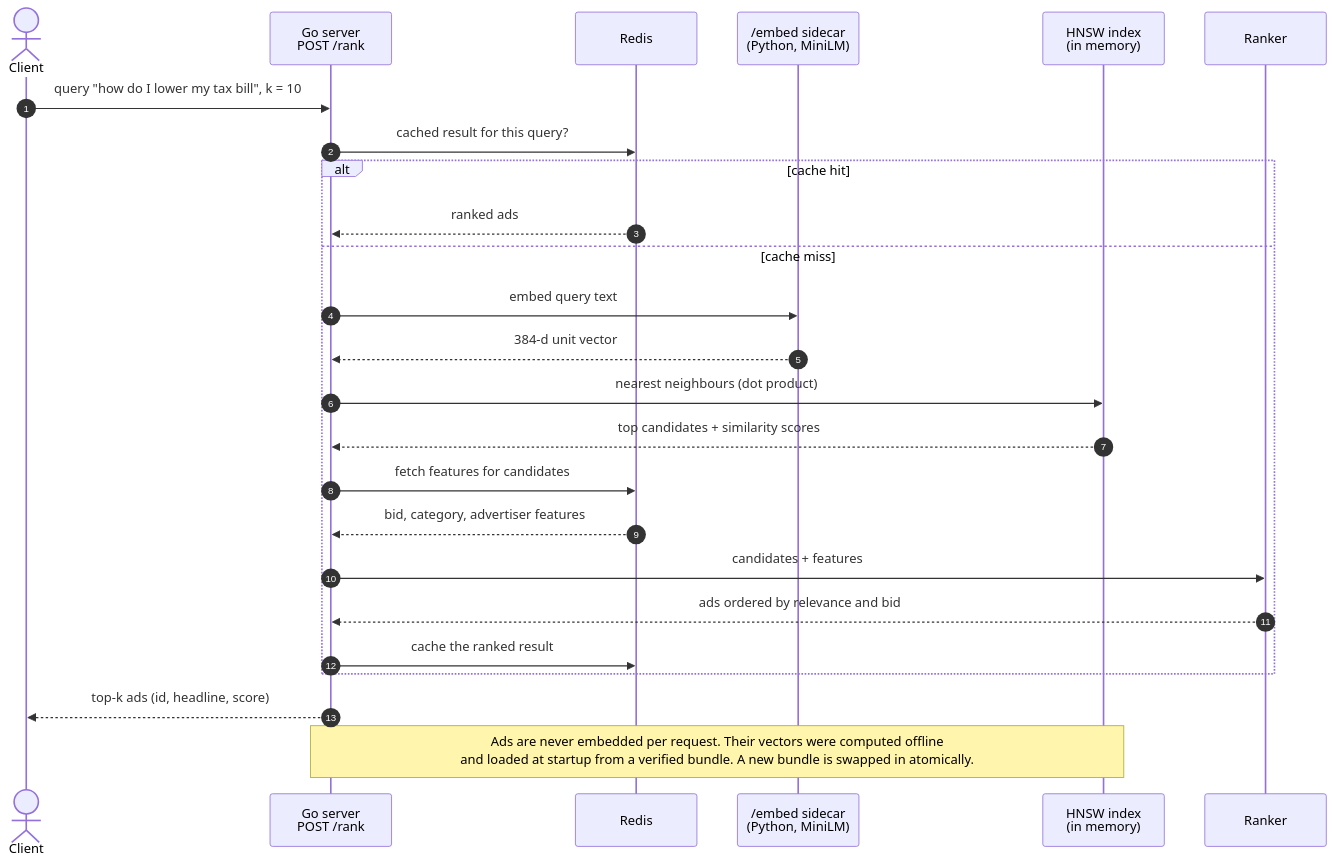
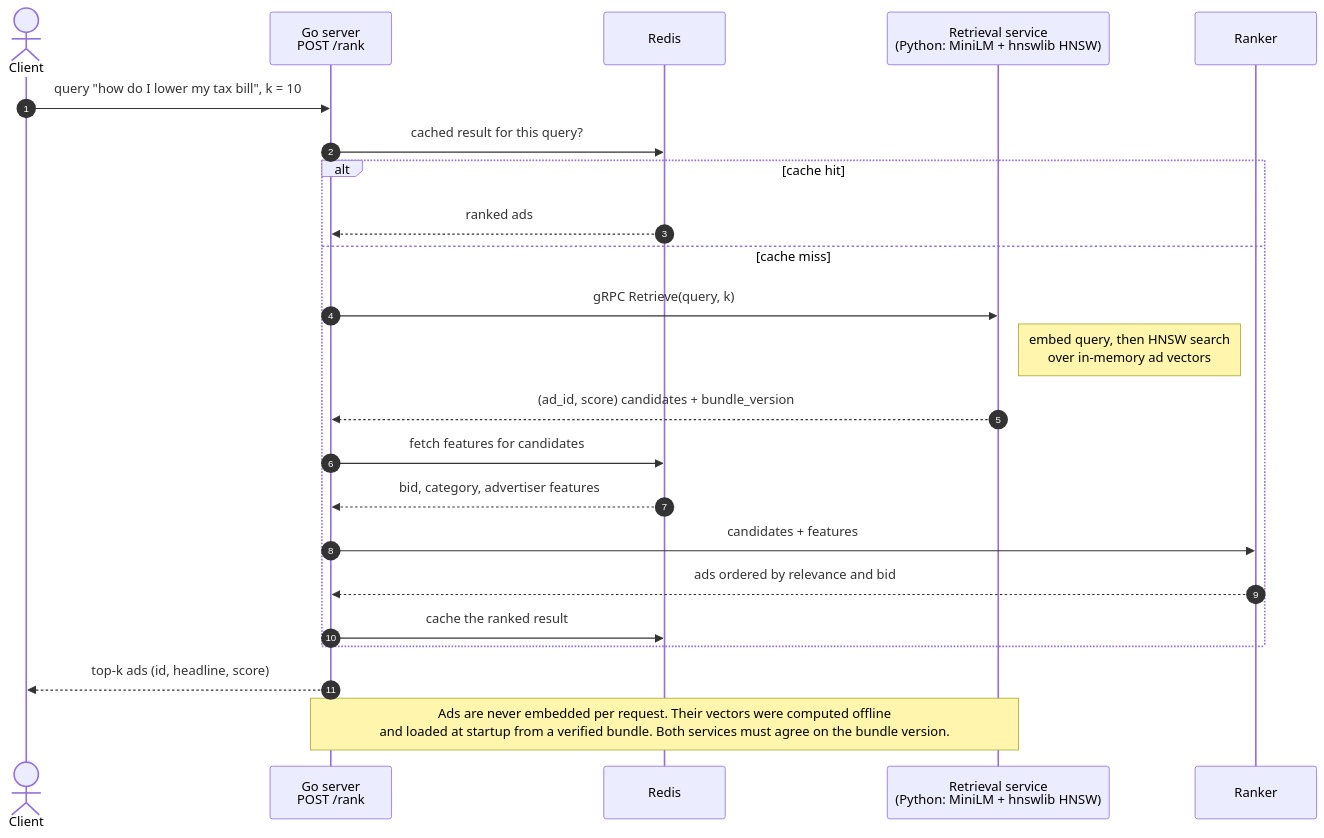
One commit to Shofiya2003/ad-retrieval-ranking changed the diagram in README.md. Above: the diagram before and after it, drawn with Mermaid. The commit also changed other lines of this file and 19 other files, not shown here.

First line of the commit message:
feat: Python gRPC retrieval service with HNSW and exact search

````diff
--- a/README.md
+++ b/README.md
@@ -21,29 +25,27 @@
 ```mermaid
 sequenceDiagram
     autonumber
     actor C as Client
     participant API as Go server<br/>POST /rank
     participant R as Redis
-    participant S as /embed sidecar<br/>(Python, MiniLM)
-    participant IX as HNSW index<br/>(in memory)
+    participant RS as Retrieval service<br/>(Python: MiniLM + hnswlib HNSW)
     participant RK as Ranker
 
     C->>API: query "how do I lower my tax bill", k = 10
     API->>R: cached result for this query?
     alt cache hit
         R-->>API: ranked ads
     else cache miss
-        API->>S: embed query text
-        S-->>API: 384-d unit vector
-        API->>IX: nearest neighbours (dot product)
-        IX-->>API: top candidates + similarity scores
+        API->>RS: gRPC Retrieve(query, k)
+        Note right of RS: embed query, then HNSW search<br/>over in-memory ad vectors
+        RS-->>API: (ad_id, score) candidates + bundle_version
         API->>R: fetch features for candidates
         R-->>API: bid, category, advertiser features
         API->>RK: candidates + features
         RK-->>API: ads ordered by relevance and bid
         API->>R: cache the ranked result
     end
     API-->>C: top-k ads (id, headline, score)
 
-    Note over API,IX: Ads are never embedded per request. Their vectors were computed offline<br/>and loaded at startup from a verified bundle. A new bundle is swapped in atomically.
+    Note over API,RS: Ads are never embedded per request. Their vectors were computed offline<br/>and loaded at startup from a verified bundle. Both services must agree on the bundle version.
 ```
````
